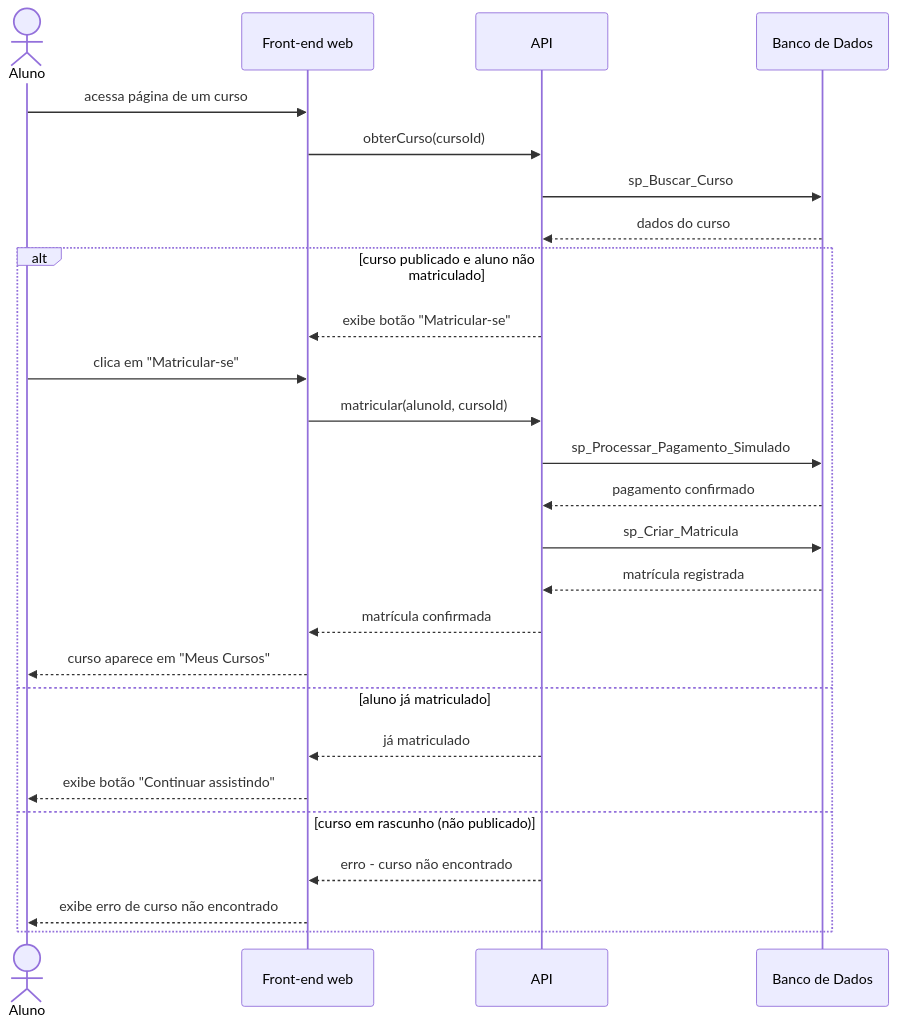
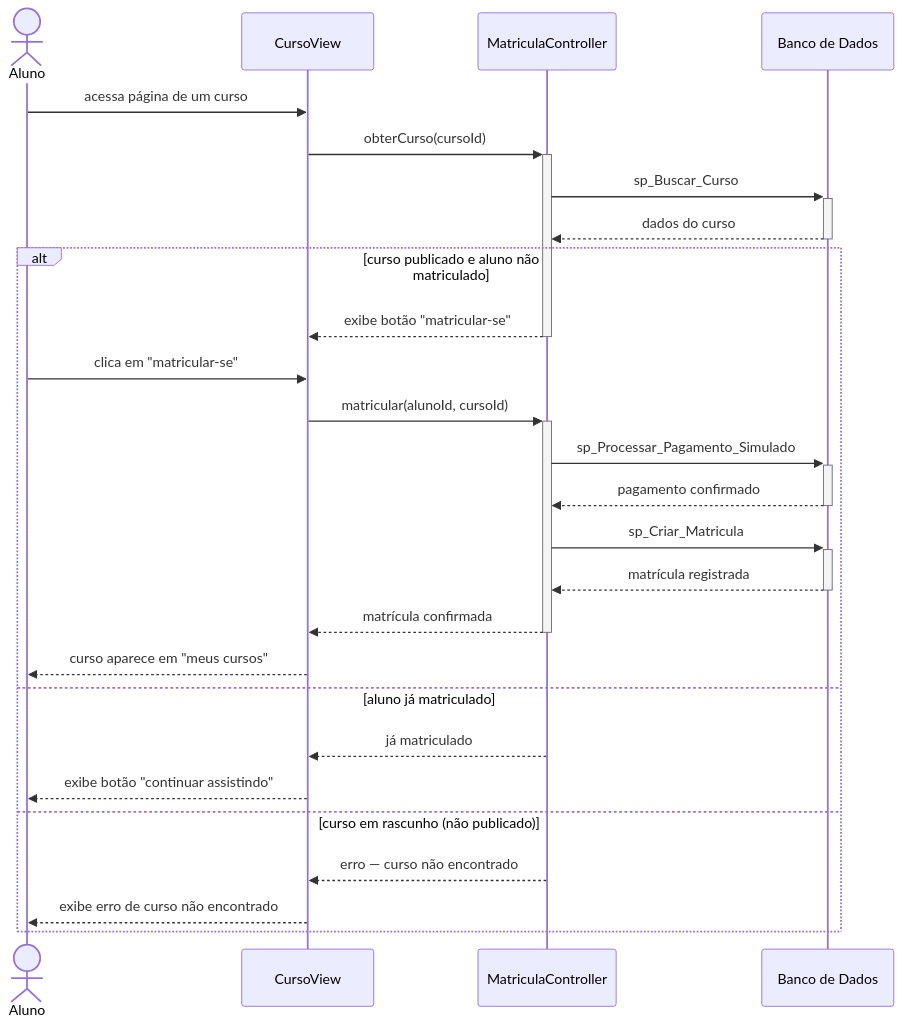
The diagram in docs/ssd/UC003-matricular-se-em-curso.md (Plataforma-de-Cursos-TCC/plataforma-cursos-docs), drawn with Mermaid before and after one commit. The commit also changed other lines of this file and 12 other files, not shown here.

First line of the commit message:
Reconcile sequence and class diagrams with v11 figures

````diff
--- a/docs/ssd/UC003-matricular-se-em-curso.md
+++ b/docs/ssd/UC003-matricular-se-em-curso.md
@@ -6,29 +5,31 @@
 ```mermaid
 sequenceDiagram
     actor Aluno
-    participant CursoView as Front-end web
-    participant MatriculaController as API
-    participant DB as Banco de Dados
+    participant CursoView
+    participant MatriculaController
+    participant Banco de Dados
 
     Aluno->>CursoView: acessa página de um curso
-    CursoView->>MatriculaController: obterCurso(cursoId)
-    MatriculaController->>DB: sp_Buscar_Curso
-    DB-->>MatriculaController: dados do curso
+    CursoView->>+MatriculaController: obterCurso(cursoId)
+    MatriculaController->>+Banco de Dados: sp_Buscar_Curso
+    Banco de Dados-->>-MatriculaController: dados do curso
     alt curso publicado e aluno não matriculado
-        MatriculaController-->>CursoView: exibe botão "Matricular-se"
-        Aluno->>CursoView: clica em "Matricular-se"
-        CursoView->>MatriculaController: matricular(alunoId, cursoId)
-        MatriculaController->>DB: sp_Processar_Pagamento_Simulado
-        DB-->>MatriculaController: pagamento confirmado
-        MatriculaController->>DB: sp_Criar_Matricula
-        DB-->>MatriculaController: matrícula registrada
+        MatriculaController-->>CursoView: exibe botão "matricular-se"
+        deactivate MatriculaController
+        Aluno->>CursoView: clica em "matricular-se"
+        CursoView->>+MatriculaController: matricular(alunoId, cursoId)
+        MatriculaController->>+Banco de Dados: sp_Processar_Pagamento_Simulado
+        Banco de Dados-->>-MatriculaController: pagamento confirmado
+        MatriculaController->>+Banco de Dados: sp_Criar_Matricula
+        Banco de Dados-->>-MatriculaController: matrícula registrada
         MatriculaController-->>CursoView: matrícula confirmada
-        CursoView-->>Aluno: curso aparece em "Meus Cursos"
+        deactivate MatriculaController
+        CursoView-->>Aluno: curso aparece em "meus cursos"
     else aluno já matriculado
         MatriculaController-->>CursoView: já matriculado
-        CursoView-->>Aluno: exibe botão "Continuar assistindo"
+        CursoView-->>Aluno: exibe botão "continuar assistindo"
     else curso em rascunho (não publicado)
-        MatriculaController-->>CursoView: erro - curso não encontrado
+        MatriculaController-->>CursoView: erro — curso não encontrado
         CursoView-->>Aluno: exibe erro de curso não encontrado
     end
 ```
````
